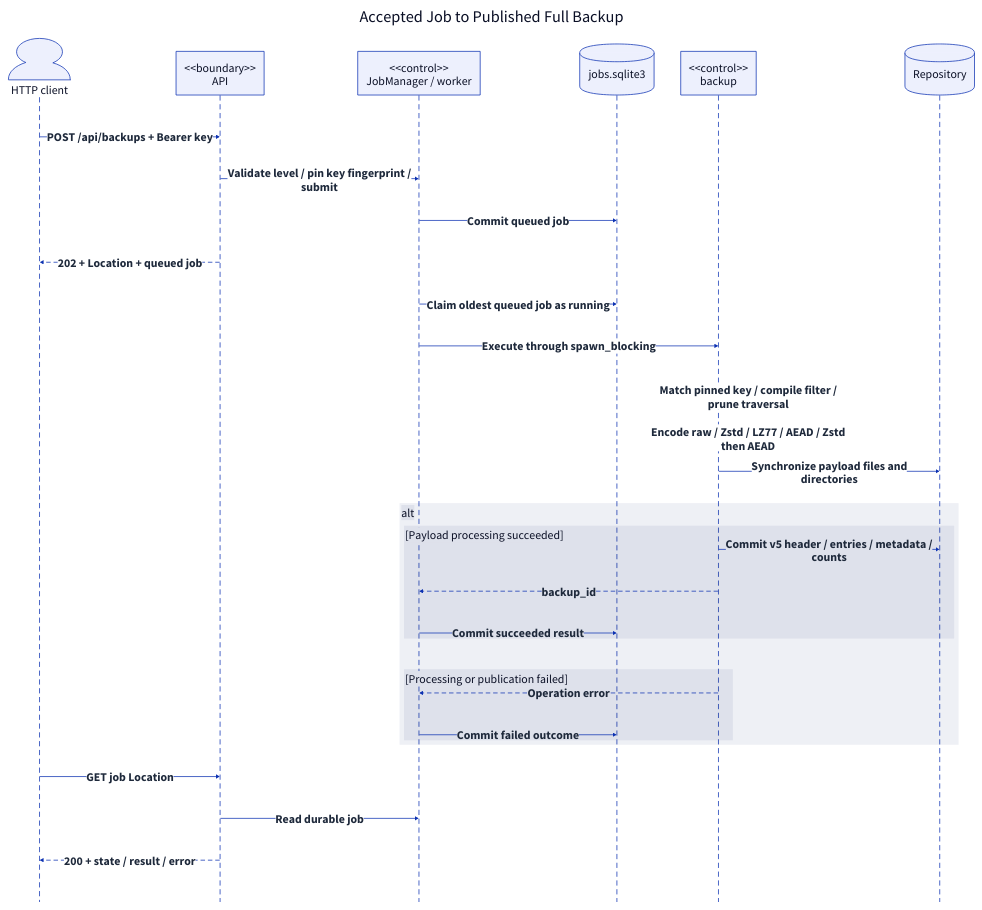
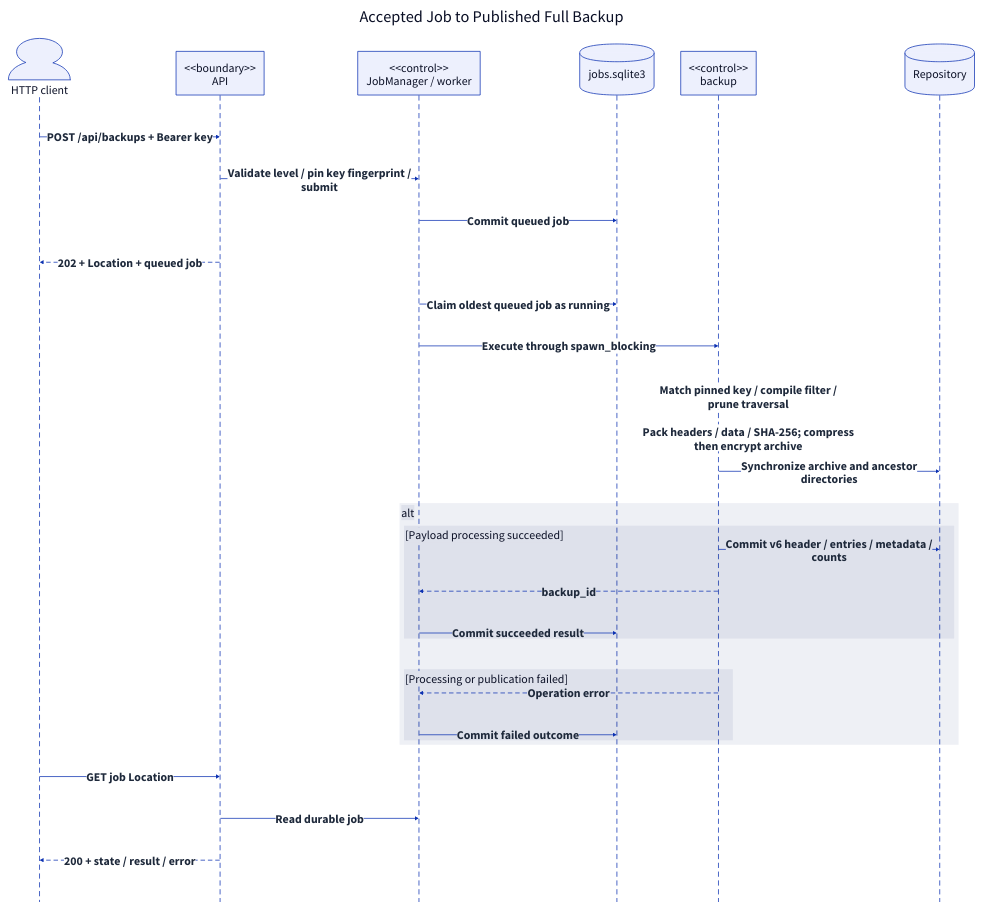
One commit to qi7876/software-development-exp changed the diagram in docs/report/generated/system-sequence-backup.d2. Above: the diagram before and after it, drawn with D2. The commit also changed 18 other files, not shown here.

```diff
--- a/docs/report/generated/system-sequence-backup.d2
+++ b/docs/report/generated/system-sequence-backup.d2
@@ -1,41 +1,41 @@
 # Generated from docs/report/model.yaml; do not edit directly.
 direction: down
 **.style.font-size: 32
 (** -> **)[*].style: {font-size: 32; bold: true; italic: false; font-color: "#1E293B"}
 (** -- **)[*].style: {font-size: 32; bold: true; italic: false; font-color: "#1E293B"}
 (** <- **)[*].style: {font-size: 32; bold: true; italic: false; font-color: "#1E293B"}
 diagram: "Accepted Job to Published Full Backup" {
   style.font-size: 44
   style.fill: white
   style.stroke: transparent
   shape: sequence_diagram
   Client: "HTTP client" {shape: person}
   API: "<<boundary>>\nAPI" {shape: rectangle}
   Jobs: "<<control>>\nJobManager / worker" {shape: rectangle}
   DB: "jobs.sqlite3" {shape: cylinder}
   Backup: "<<control>>\nbackup" {shape: rectangle}
   Repo: "Repository" {shape: cylinder}
   Client -> API: "POST /api/backups + Bearer key"
   API -> Jobs: "Validate level / pin key fingerprint /\nsubmit"
   Jobs -> DB: "Commit queued job"
   API -> Client: "202 + Location + queued job" {style.stroke-dash: 5}
   Jobs -> DB: "Claim oldest queued job as running"
   Jobs -> Backup: "Execute through spawn_blocking"
   Backup -> Backup: "Match pinned key / compile filter /\nprune traversal"
-  Backup -> Backup: "Encode raw / Zstd / LZ77 / AEAD / Zstd\nthen AEAD"
-  Backup -> Repo: "Synchronize payload files and\ndirectories"
+  Backup -> Backup: "Pack headers / data / SHA-256; compress\nthen encrypt archive"
+  Backup -> Repo: "Synchronize archive and ancestor\ndirectories"
   fragment_9: alt {
     branch_9: "[Payload processing succeeded]" {
-      Backup -> Repo: "Commit v5 header / entries / metadata /\ncounts"
+      Backup -> Repo: "Commit v6 header / entries / metadata /\ncounts"
       Backup -> Jobs: "backup_id" {style.stroke-dash: 5}
       Jobs -> DB: "Commit succeeded result"
     }
     branch_13: "[Processing or publication failed]" {
       Backup -> Jobs: "Operation error" {style.stroke-dash: 5}
       Jobs -> DB: "Commit failed outcome"
     }
   }
   Client -> API: "GET job Location"
   API -> Jobs: "Read durable job"
   API -> Client: "200 + state / result / error" {style.stroke-dash: 5}
 }
```
